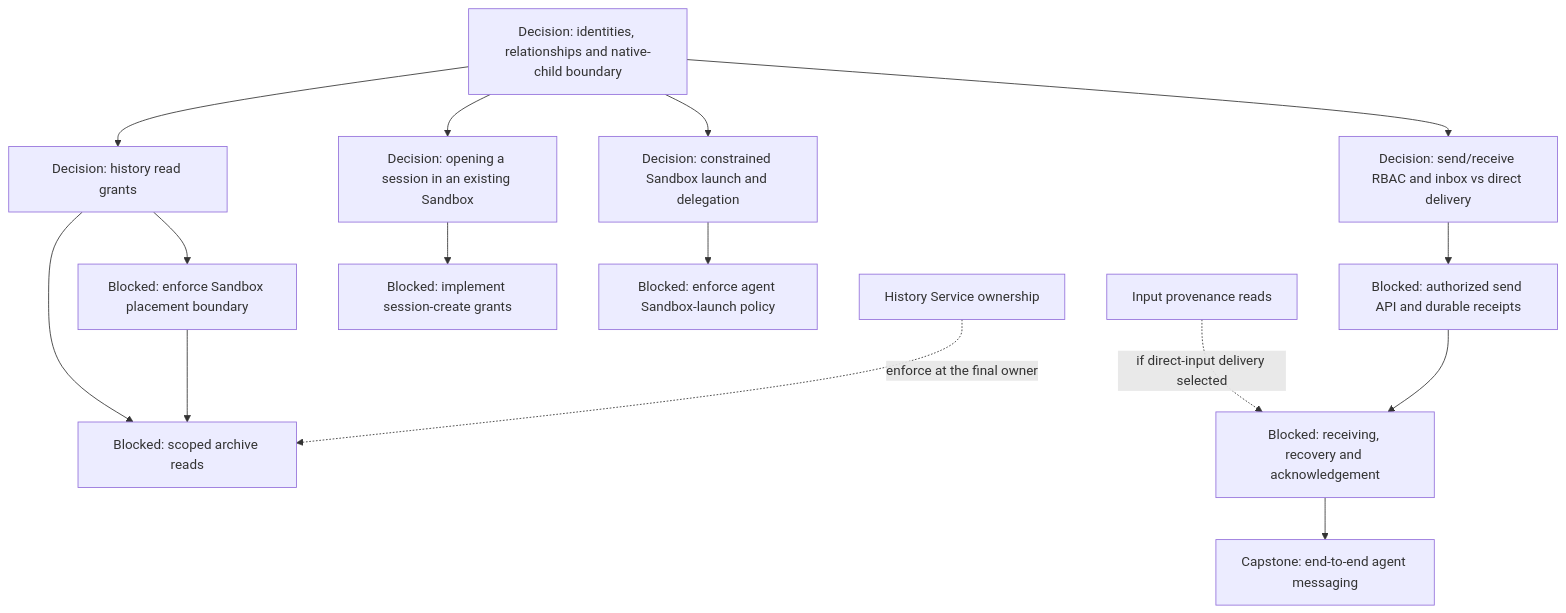
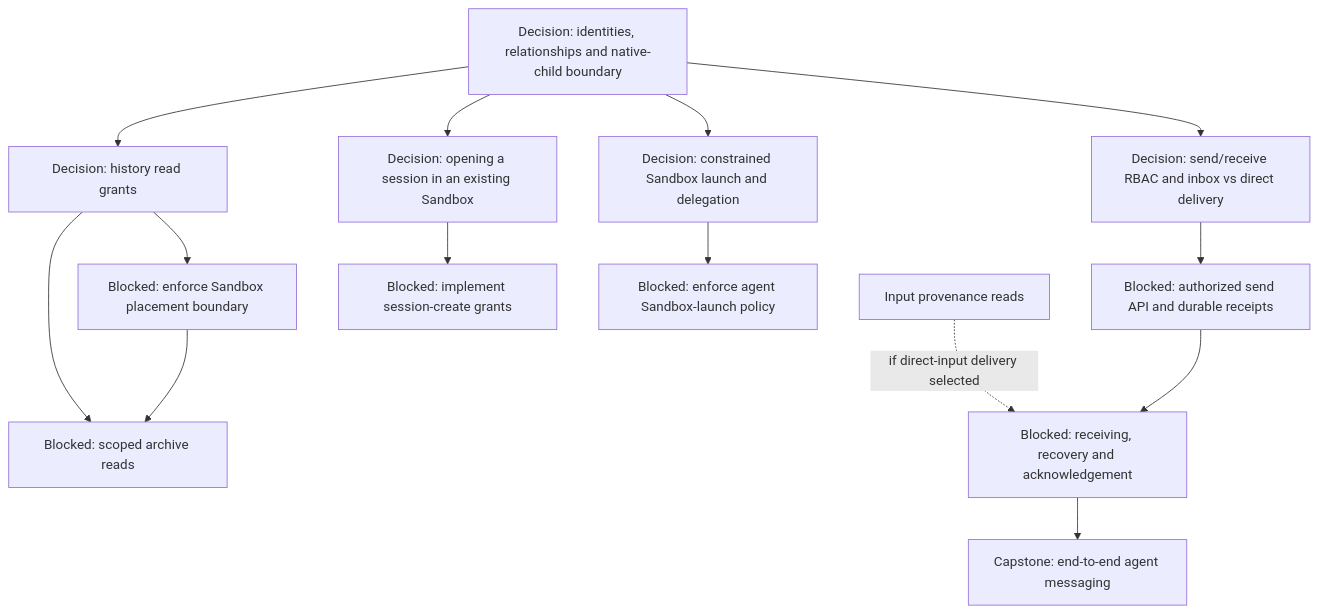
The fifth of 14 diagrams in agentplane/plans/task_dag.md (agentydragon-agent/ducktape), drawn with Mermaid before and after one commit. The commit also changed other lines of this file and 9 other files, not shown here.

````diff
--- a/agentplane/plans/task_dag.md
+++ b/agentplane/plans/task_dag.md
@@ -189,29 +189,28 @@
 ```mermaid
 flowchart TD
     MULTIAGENT_MODEL[Decision: identities, relationships and native-child boundary]
     THREAD_READ_POLICY_DESIGN[Decision: history read grants]
     SANDBOX_COMPARTMENT_BOUNDARY[Blocked: enforce Sandbox placement boundary]
     THREAD_READ_POLICY[Blocked: scoped archive reads]
     AGENT_MESSAGING_DESIGN[Decision: send/receive RBAC and inbox vs direct delivery]
     AGENT_MESSAGE_INGRESS[Blocked: authorized send API and durable receipts]
     AGENT_MESSAGE_RECEPTION[Blocked: receiving, recovery and acknowledgement]
     AGENT_MESSAGING[Capstone: end-to-end agent messaging]
     THREAD_CREATE_POLICY[Decision: opening a session in an existing Sandbox]
     THREAD_CREATE_AUTHORIZATION[Blocked: implement session-create grants]
     AGENT_LAUNCH_POLICY_DESIGN[Decision: constrained Sandbox launch and delegation]
     AGENT_SANDBOX_LAUNCH[Blocked: enforce agent Sandbox-launch policy]
     MULTIAGENT_MODEL --> THREAD_READ_POLICY_DESIGN
     MULTIAGENT_MODEL --> AGENT_MESSAGING_DESIGN
     MULTIAGENT_MODEL --> THREAD_CREATE_POLICY
     MULTIAGENT_MODEL --> AGENT_LAUNCH_POLICY_DESIGN
     THREAD_READ_POLICY_DESIGN --> SANDBOX_COMPARTMENT_BOUNDARY
     THREAD_READ_POLICY_DESIGN --> THREAD_READ_POLICY
     SANDBOX_COMPARTMENT_BOUNDARY --> THREAD_READ_POLICY
-    HISTORY_SERVICE_OWNERSHIP[History Service ownership] -. enforce at the final owner .-> THREAD_READ_POLICY
     AGENT_MESSAGING_DESIGN --> AGENT_MESSAGE_INGRESS
     SESSION_INPUT_METADATA_READ[Input provenance reads] -. if direct-input delivery selected .-> AGENT_MESSAGE_RECEPTION
     AGENT_MESSAGE_INGRESS --> AGENT_MESSAGE_RECEPTION
     AGENT_MESSAGE_RECEPTION --> AGENT_MESSAGING
     THREAD_CREATE_POLICY --> THREAD_CREATE_AUTHORIZATION
     AGENT_LAUNCH_POLICY_DESIGN --> AGENT_SANDBOX_LAUNCH
 ```
````
